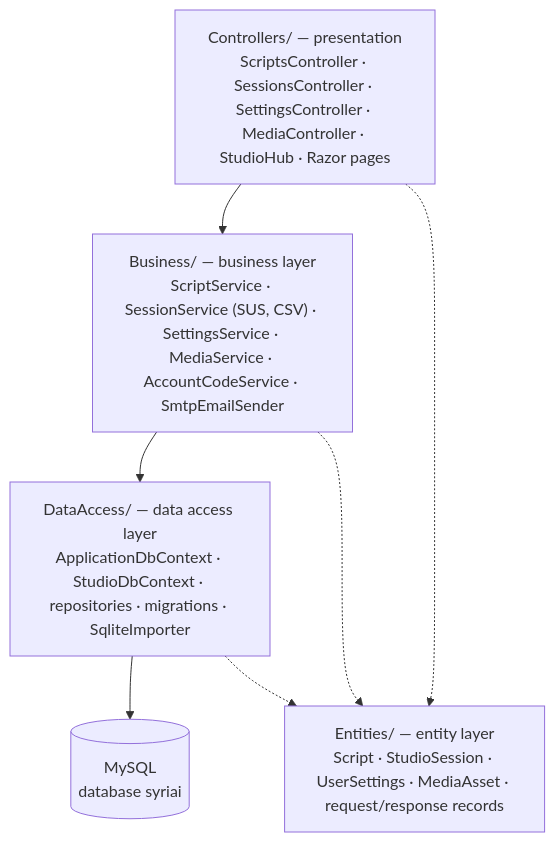
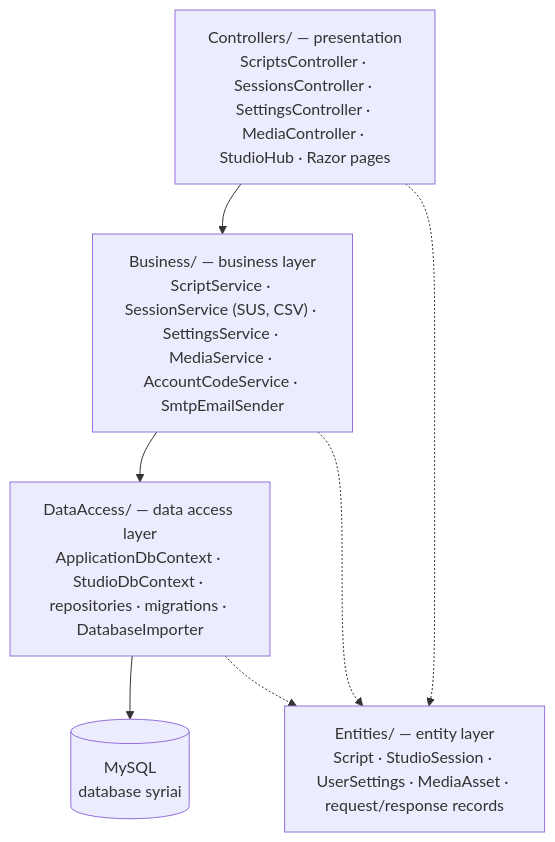
The second of 3 diagrams in docs/ARCHITECTURE.md (AlbineKqikuu/SyriAI), drawn with Mermaid before and after one commit. The commit also changed 8 other files, not shown here.

First line of the commit message:
Cloud database: TiDB-compatible schema, import from MySQL

````diff
--- a/docs/ARCHITECTURE.md
+++ b/docs/ARCHITECTURE.md
@@ -98,12 +98,12 @@
 ```mermaid
 flowchart TD
     C["Controllers/ — presentation<br/>ScriptsController · SessionsController · SettingsController · MediaController · StudioHub · Razor pages"]
     B["Business/ — business layer<br/>ScriptService · SessionService (SUS, CSV) · SettingsService · MediaService · AccountCodeService · SmtpEmailSender"]
-    D["DataAccess/ — data access layer<br/>ApplicationDbContext · StudioDbContext · repositories · migrations · SqliteImporter"]
+    D["DataAccess/ — data access layer<br/>ApplicationDbContext · StudioDbContext · repositories · migrations · DatabaseImporter"]
     E["Entities/ — entity layer<br/>Script · StudioSession · UserSettings · MediaAsset · request/response records"]
     DB[("MySQL<br/>database syriai")]
     C --> B --> D --> DB
     C -.-> E
     B -.-> E
     D -.-> E
 ```
````
